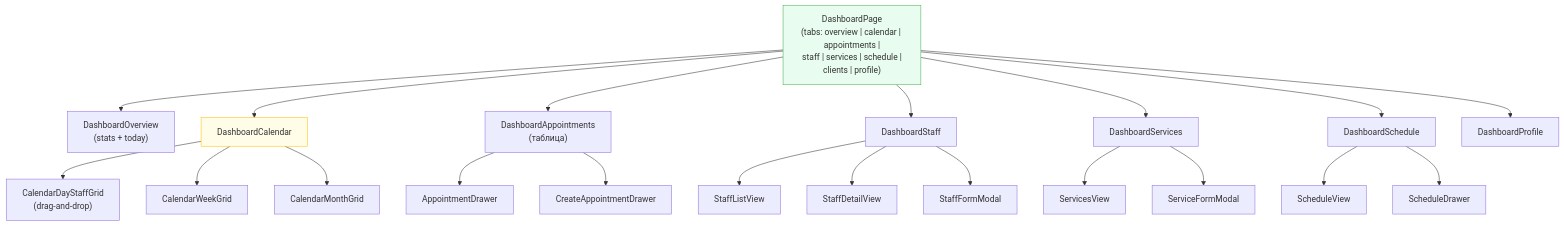
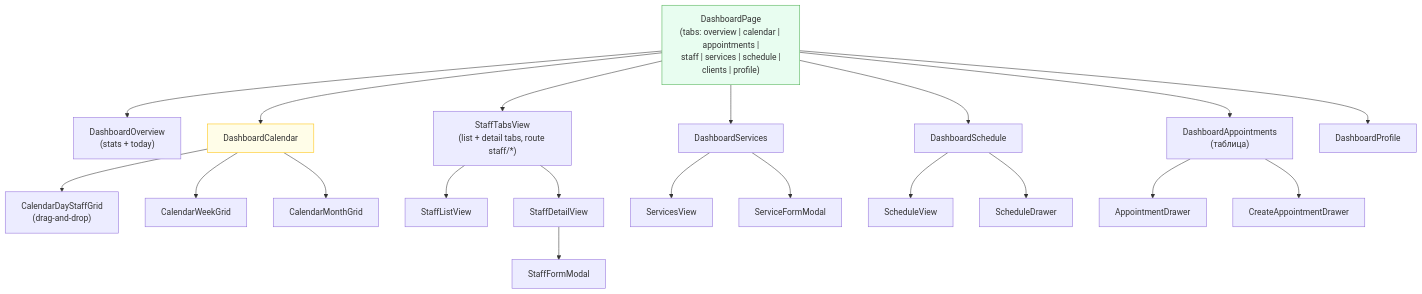
Before and after one commit to vvnezapnopwnz1/beauty-marketplace: the third of 5 diagrams in docs/vault/architecture/frontend.md, drawn with Mermaid. The commit also changed other lines of this file and 29 other files, not shown here.

First line of the commit message:
feat(dashboard-staff): consolidate staff flows and update vault docs

````diff
--- a/docs/vault/architecture/frontend.md
+++ b/docs/vault/architecture/frontend.md
@@ -60,32 +60,32 @@
 ```mermaid
 graph TD
     DashboardPage["DashboardPage\n(tabs: overview | calendar | appointments |\n staff | services | schedule | clients | profile)"]
 
     DashboardPage --> DashOverview["DashboardOverview\n(stats + today)"]
     DashboardPage --> DashCalendar["DashboardCalendar"]
     DashboardPage --> DashAppointments["DashboardAppointments\n(таблица)"]
-    DashboardPage --> DashStaff["DashboardStaff"]
+    DashboardPage --> StaffTabs["StaffTabsView\n(list + detail tabs, route staff/*)"]
     DashboardPage --> DashServices["DashboardServices"]
     DashboardPage --> DashSchedule["DashboardSchedule"]
     DashboardPage --> DashProfile["DashboardProfile"]
 
     DashCalendar --> CalDay["CalendarDayStaffGrid\n(drag-and-drop)"]
     DashCalendar --> CalWeek["CalendarWeekGrid"]
     DashCalendar --> CalMonth["CalendarMonthGrid"]
 
-    DashStaff --> StaffListView
-    DashStaff --> StaffDetailView
-    DashStaff --> StaffFormModal
+    StaffTabs --> StaffListView
+    StaffTabs --> StaffDetailView
+    StaffDetailView --> StaffFormModal
 
     DashServices --> ServicesView
     DashServices --> ServiceFormModal
 
     DashSchedule --> ScheduleView
     DashSchedule --> ScheduleDrawer
 
     DashAppointments --> AppointmentDrawer
     DashAppointments --> CreateAppointmentDrawer
 
     style DashboardPage fill:#e8fdf0,stroke:#4caf50
     style DashCalendar fill:#fffde8,stroke:#ffc107
 ```
````
